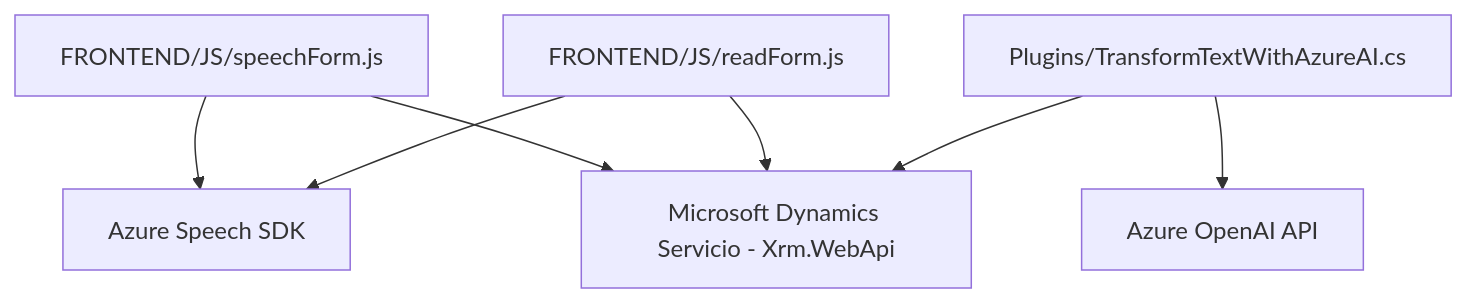
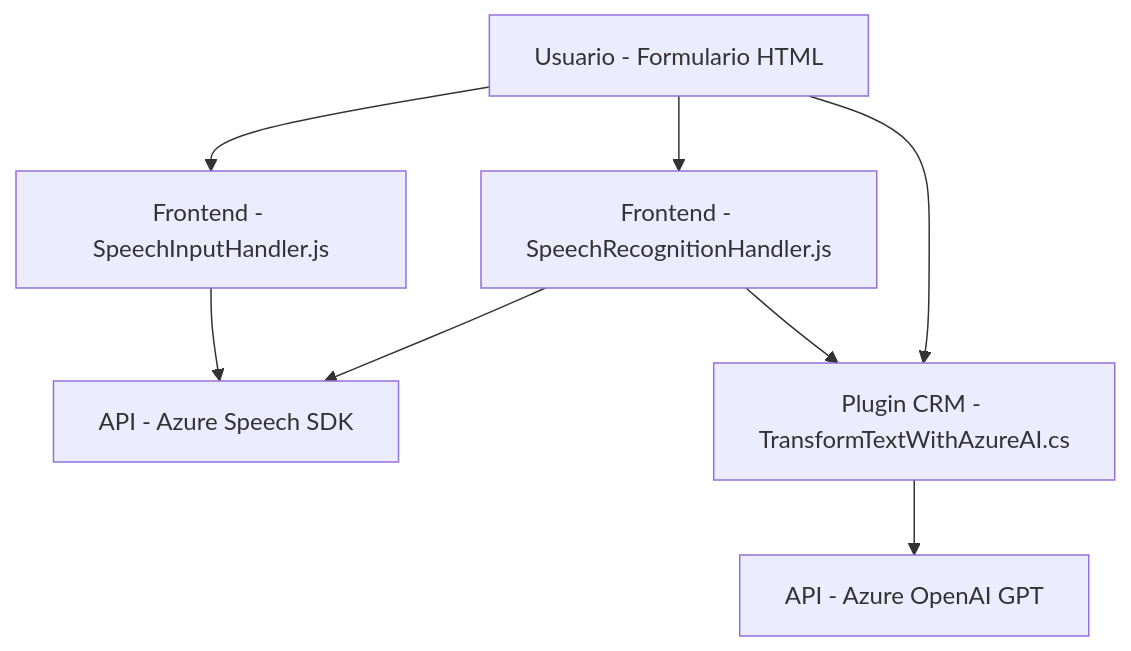
Before and after one commit to blopezdm/NETCORE_BILBAO2025: the diagram in README.md, drawn with Mermaid. The commit also changed other lines of this file, not shown here.

````diff
--- a/README.md
+++ b/README.md
@@ -36,16 +50,24 @@
 ```mermaid
 graph TD
-    SpeechFormJS["FRONTEND/JS/speechForm.js"]
-    ReadFormJS["FRONTEND/JS/readForm.js"]
-    AzureSpeechSDK["Azure Speech SDK"]
-    CRMFrontend["Microsoft Dynamics Servicio - Xrm.WebApi"]
-    PluginAzureAI["Plugins/TransformTextWithAzureAI.cs"]
-    AzureOpenAI["Azure OpenAI API"]
+    A["Usuario - Formulario HTML"]
+    B["Frontend - SpeechInputHandler.js"]
+    C["Frontend - SpeechRecognitionHandler.js"]
+    D["API - Azure Speech SDK"]
+    E["Plugin CRM - TransformTextWithAzureAI.cs"]
+    F["API - Azure OpenAI GPT"]
 
-    SpeechFormJS --> AzureSpeechSDK
-    SpeechFormJS --> CRMFrontend
-    ReadFormJS --> AzureSpeechSDK
-    ReadFormJS --> CRMFrontend
-    PluginAzureAI --> AzureOpenAI
-    PluginAzureAI --> CRMFrontend
+    %% Conexiones del usuario al sistema
+    A --> B
+    A --> C
+
+    %% Interacciones entre el frontend y servicios externos
+    B --> D
+    C --> D
+
+    %% Backend (plugin) y OpenAI Service
+    E --> F
+    C --> E
+
+    %% Interacción adicional entre formularios y plugin
+    A --> E
 ```
````
